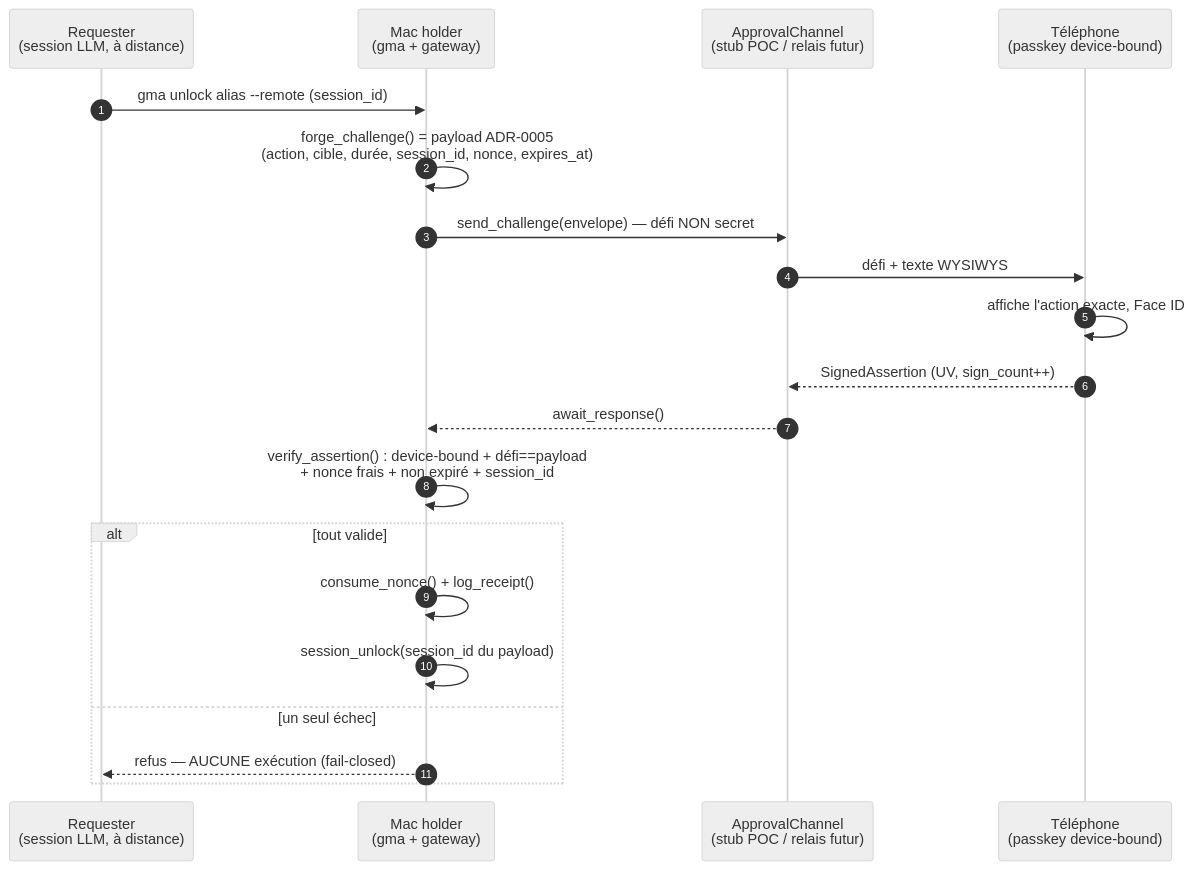
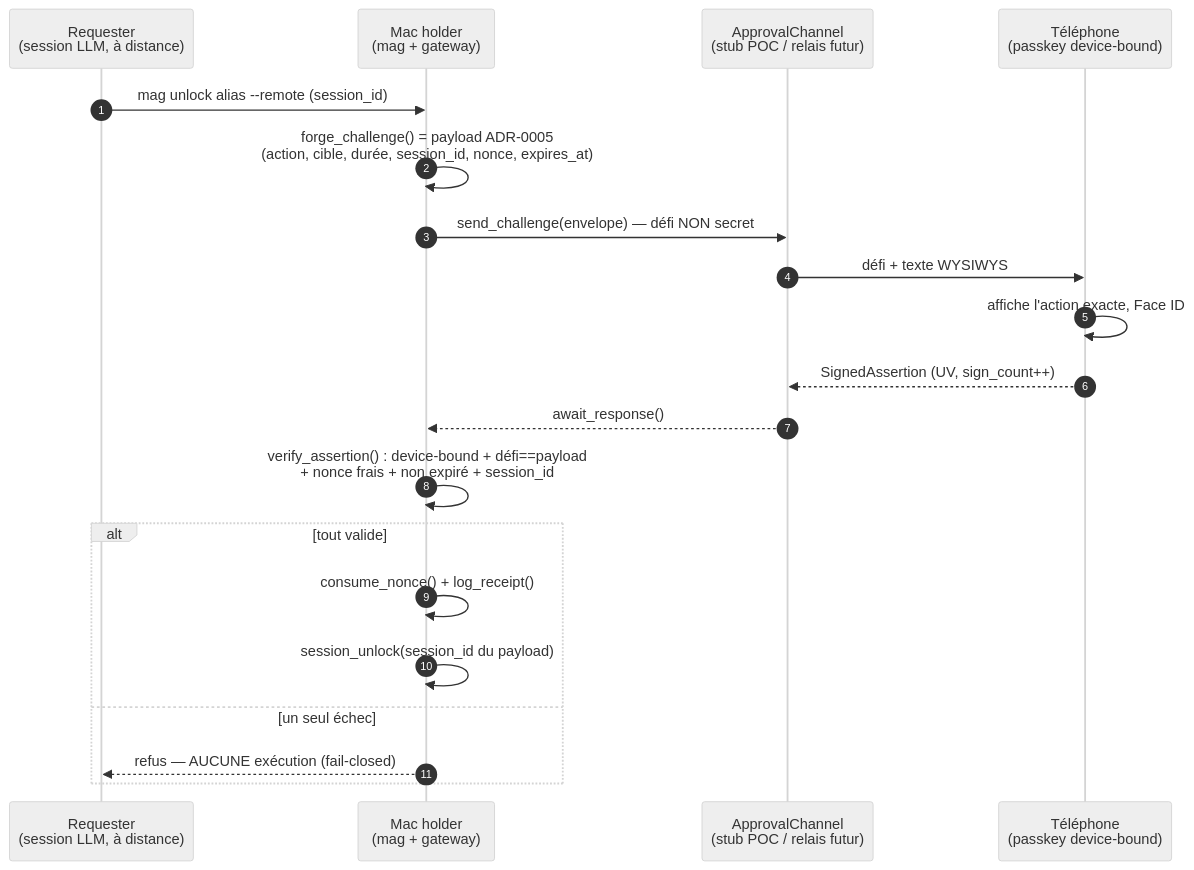
One commit to elzinko/google-mcp-multi-account changed the first of 2 diagrams in docs/adr/ADR-0009-approbation-passkey-distante.md. Above: the diagram before and after it, drawn with Mermaid (neutral theme). The commit also changed other lines of this file and 123 other files, not shown here.

First line of the commit message:
chore(cli): renommer la commande gma → mag (collision oh-my-zsh)

````diff
--- a/docs/adr/ADR-0009-approbation-passkey-distante.md
+++ b/docs/adr/ADR-0009-approbation-passkey-distante.md
@@ -99,23 +99,23 @@
 ```mermaid
 sequenceDiagram
     autonumber
     participant R as Requester<br/>(session LLM, à distance)
-    participant M as Mac holder<br/>(gma + gateway)
+    participant M as Mac holder<br/>(mag + gateway)
     participant C as ApprovalChannel<br/>(stub POC / relais futur)
     participant P as Téléphone<br/>(passkey device-bound)
 
-    R->>M: gma unlock alias --remote (session_id)
+    R->>M: mag unlock alias --remote (session_id)
     M->>M: forge_challenge() = payload ADR-0005<br/>(action, cible, durée, session_id, nonce, expires_at)
     M->>C: send_challenge(envelope) — défi NON secret
     C->>P: défi + texte WYSIWYS
     P->>P: affiche l'action exacte, Face ID
     P-->>C: SignedAssertion (UV, sign_count++)
     C-->>M: await_response()
     M->>M: verify_assertion() : device-bound + défi==payload<br/>+ nonce frais + non expiré + session_id
     alt tout valide
         M->>M: consume_nonce() + log_receipt()
         M->>M: session_unlock(session_id du payload)
     else un seul échec
         M-->>R: refus — AUCUNE exécution (fail-closed)
     end
 ```
````
